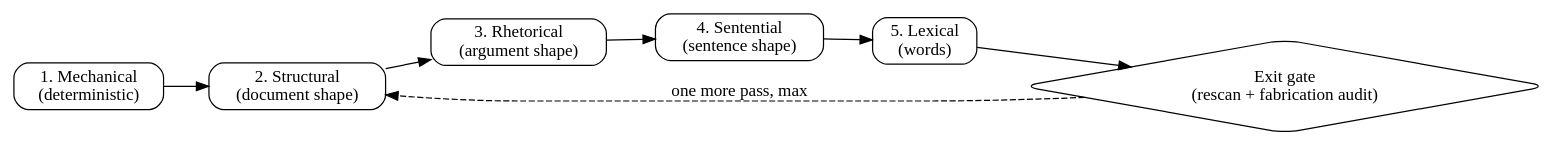
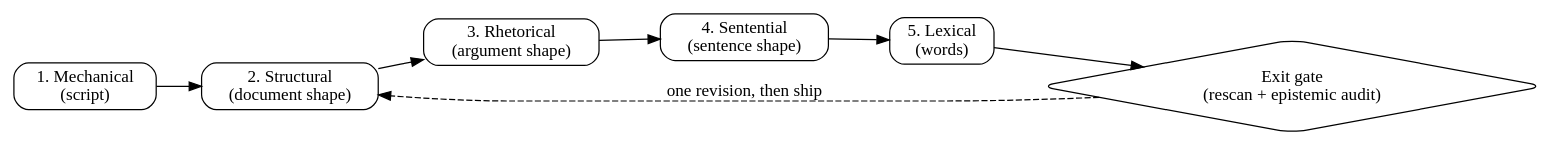
The diagram in skills/deslop/SKILL.md (hyperb1iss/hyperskills), drawn with Graphviz before and after one commit. The commit also changed other lines of this file and 10 other files, not shown here.

````diff
--- a/skills/deslop/SKILL.md
+++ b/skills/deslop/SKILL.md
@@ -39,14 +66,14 @@
 ```dot
 digraph deslop {
   rankdir=LR;
   node [shape=box, style=rounded];
-  mech [label="1. Mechanical\n(deterministic)"];
-  struct [label="2. Structural\n(document shape)"];
-  rhet [label="3. Rhetorical\n(argument shape)"];
-  sent [label="4. Sentential\n(sentence shape)"];
-  lex [label="5. Lexical\n(words)"];
-  gate [label="Exit gate\n(rescan + fabrication audit)", shape=diamond];
-  mech -> struct -> rhet -> sent -> lex -> gate;
-  gate -> struct [label="one more pass, max", style=dashed];
+  m [label="1. Mechanical\n(script)"];
+  s [label="2. Structural\n(document shape)"];
+  r [label="3. Rhetorical\n(argument shape)"];
+  n [label="4. Sentential\n(sentence shape)"];
+  l [label="5. Lexical\n(words)"];
+  g [label="Exit gate\n(rescan + epistemic audit)", shape=diamond];
+  m -> s -> r -> n -> l -> g;
+  g -> s [label="one revision, then ship", style=dashed];
 }
 ```
````
